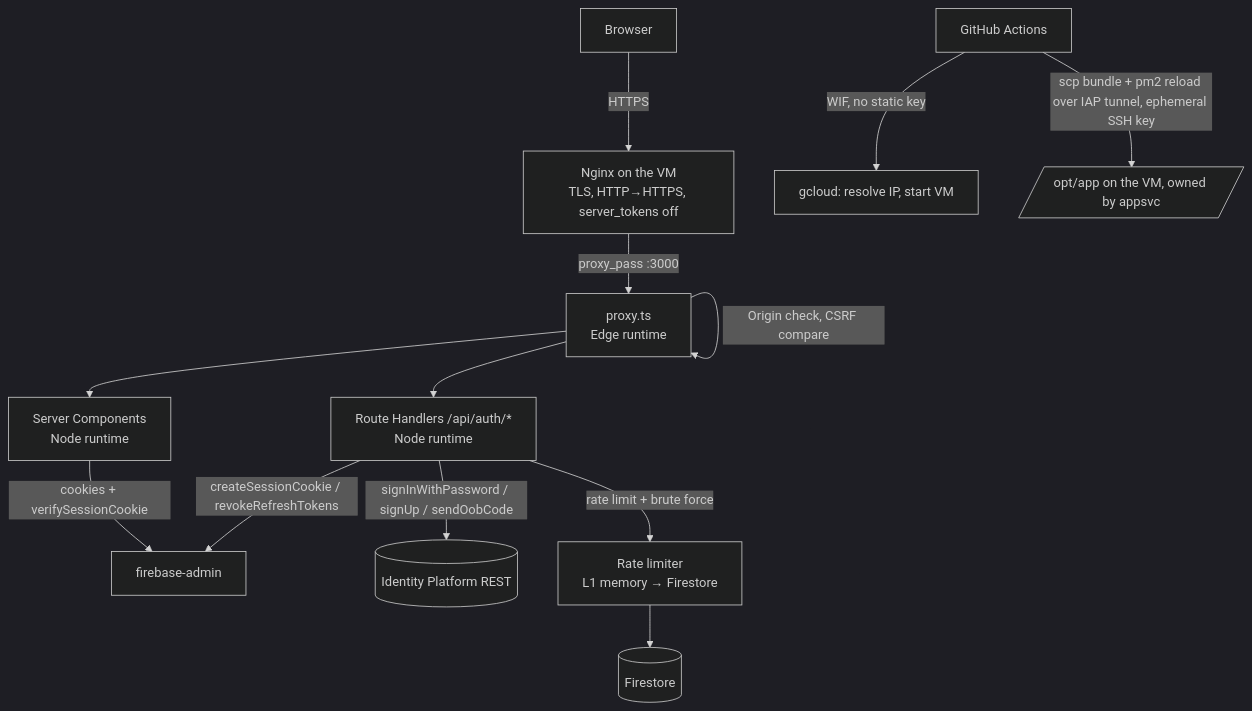
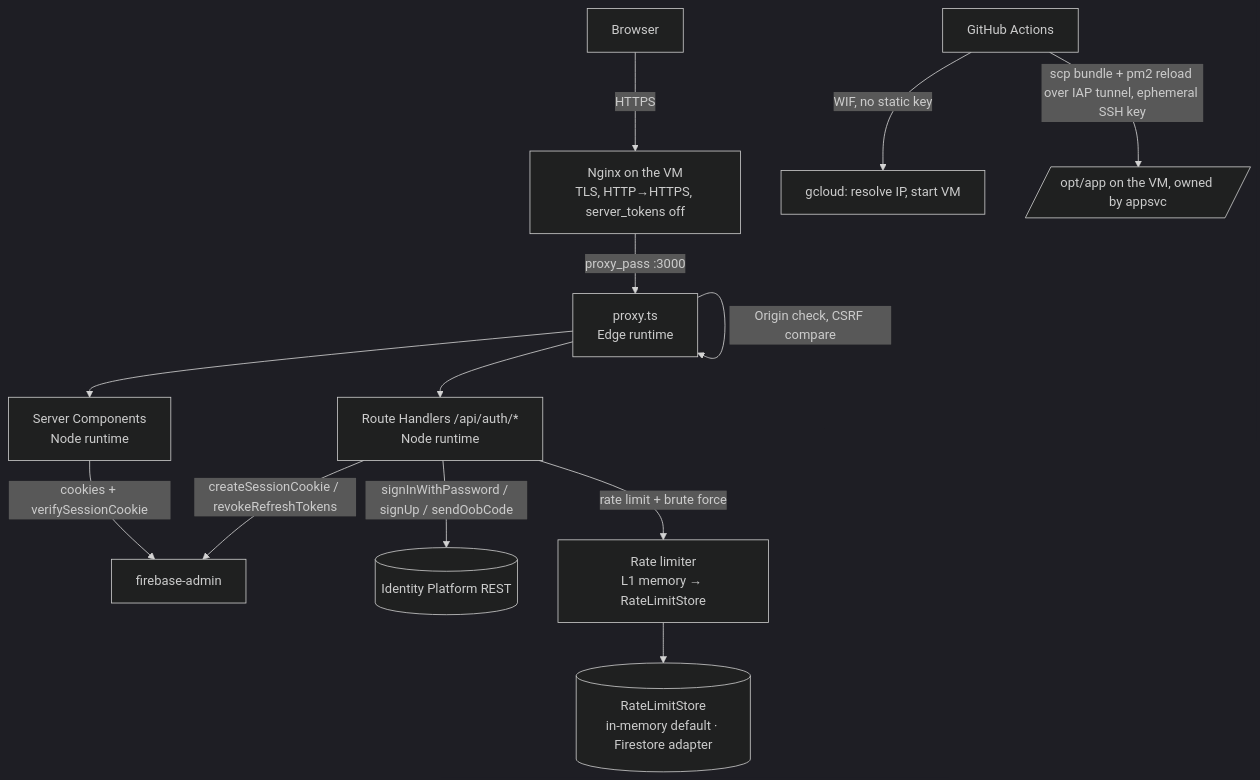
The diagram in .specs/features/nextjs-secure-app/design.md (AndersonFriaca/secinfo-pos-uncisal-projeto-aplicado), drawn with Mermaid (dark theme) before and after one commit. The commit also changed other lines of this file and 19 other files, not shown here.

First line of the commit message:
feat(web): in-memory rate-limit store default, pt-BR UI copy

````diff
--- a/.specs/features/nextjs-secure-app/design.md
+++ b/.specs/features/nextjs-secure-app/design.md
@@ -16,19 +16,19 @@
 ```mermaid
 graph TD
     Browser -->|HTTPS| Nginx[Nginx on the VM<br/>TLS, HTTP→HTTPS, server_tokens off]
     Nginx -->|proxy_pass :3000| Proxy[proxy.ts<br/>Edge runtime]
 
     Proxy -->|CSP nonce + all security headers| Proxy
     Proxy -->|Origin check, CSRF compare| Proxy
     Proxy --> Pages[Server Components<br/>Node runtime]
     Proxy --> API[Route Handlers /api/auth/*<br/>Node runtime]
 
     Pages -->|cookies + verifySessionCookie| Admin[firebase-admin]
     API -->|signInWithPassword / signUp / sendOobCode| IDP[(Identity Platform REST)]
     API -->|createSessionCookie / revokeRefreshTokens| Admin
-    API -->|rate limit + brute force| Limiter[Rate limiter<br/>L1 memory → Firestore]
-    Limiter --> FS[(Firestore)]
+    API -->|rate limit + brute force| Limiter[Rate limiter<br/>L1 memory → RateLimitStore]
+    Limiter --> Store[(RateLimitStore<br/>in-memory default · Firestore adapter)]
 
     GH[GitHub Actions] -->|WIF, no static key| GCP[gcloud: resolve IP, start VM]
     GH -->|scp bundle + pm2 reload over IAP tunnel, ephemeral SSH key| VMBox[/opt/app on the VM, owned by appsvc/]
 ```
````
